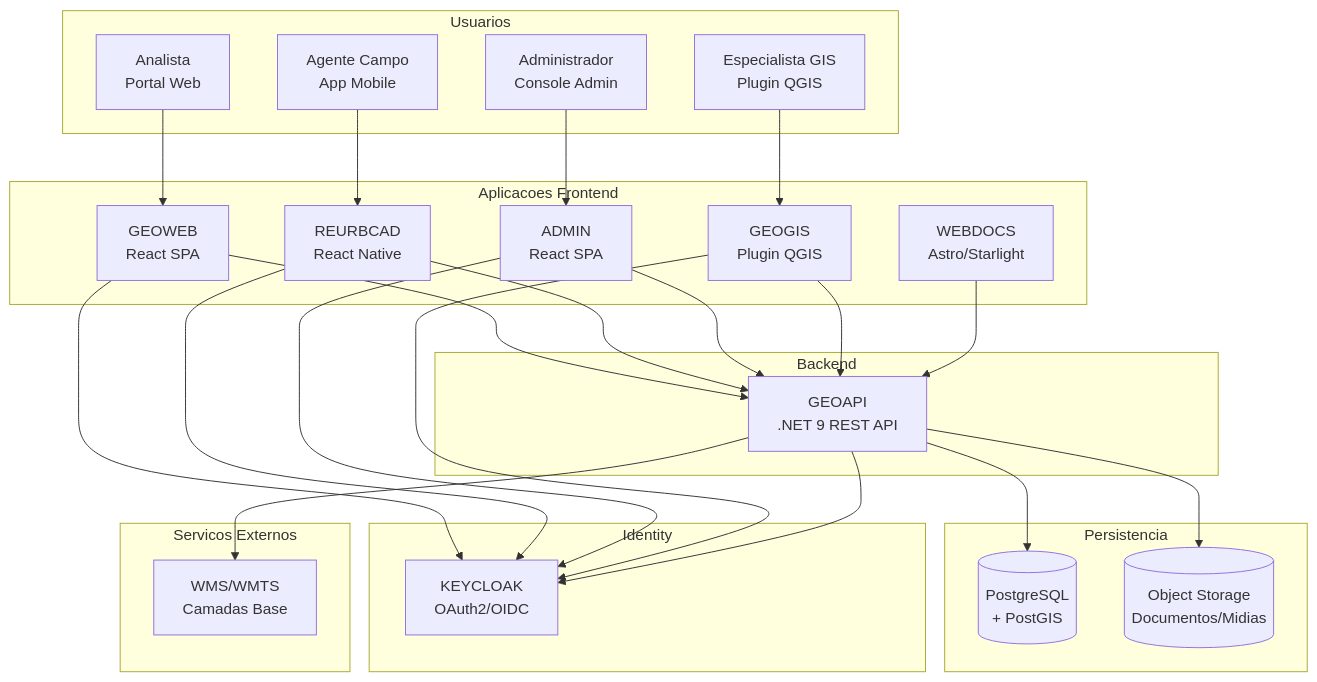
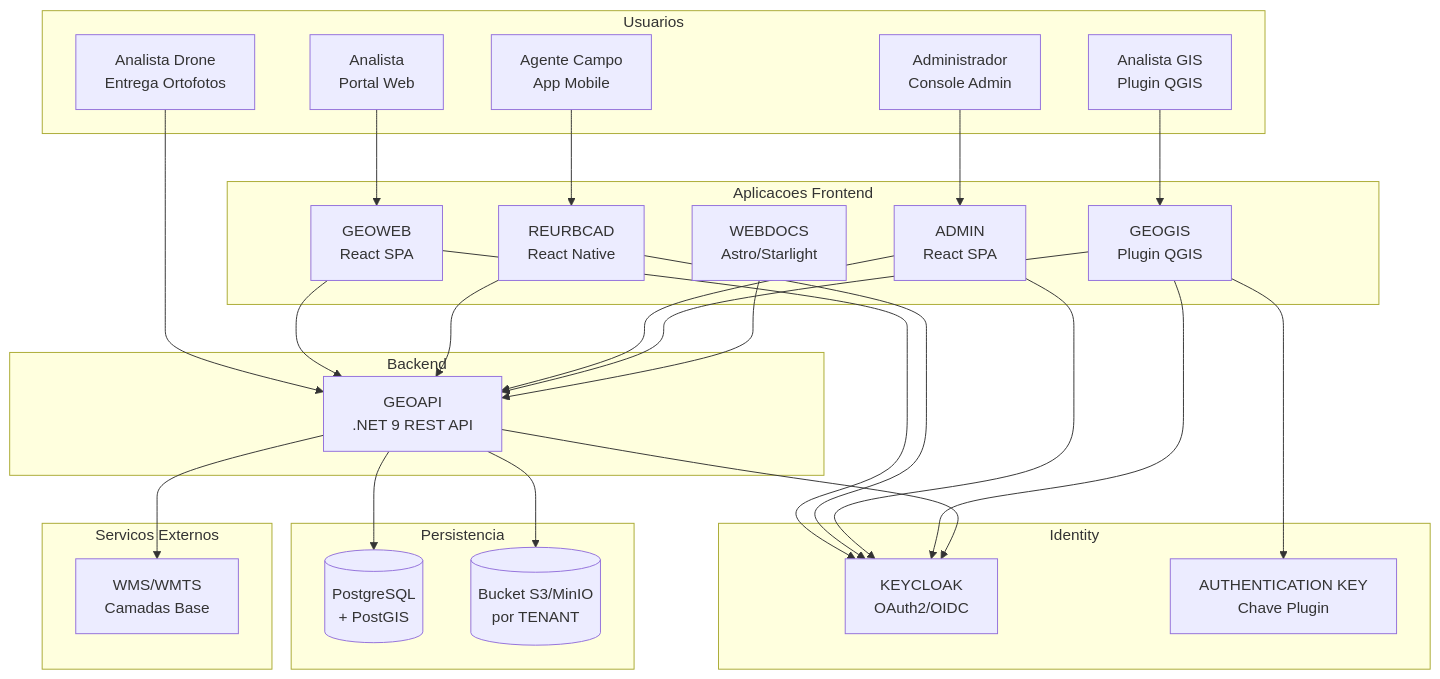
Before and after one commit to Thalesvpr/carf-docs: the diagram in CENTRAL/ARCHITECTURE/DIAGRAMS/01-ecosystem.md, drawn with Mermaid. The commit also changed other lines of this file and 852 other files, not shown here.

````diff
--- a/CENTRAL/ARCHITECTURE/DIAGRAMS/01-ecosystem.md
+++ b/CENTRAL/ARCHITECTURE/DIAGRAMS/01-ecosystem.md
@@ -11,55 +11,59 @@
 ```mermaid
 flowchart TB
     subgraph Usuarios["Usuarios"]
+        AnalistaDrone["Analista Drone<br/>Entrega Ortofotos"]
         Analista["Analista<br/>Portal Web"]
+        AnalistaGIS["Analista GIS<br/>Plugin QGIS"]
         Agente["Agente Campo<br/>App Mobile"]
         Admin["Administrador<br/>Console Admin"]
-        GIS["Especialista GIS<br/>Plugin QGIS"]
     end
 
     subgraph Frontend["Aplicacoes Frontend"]
         GEOWEB["GEOWEB<br/>React SPA"]
         REURBCAD["REURBCAD<br/>React Native"]
         ADMINUI["ADMIN<br/>React SPA"]
         GEOGIS["GEOGIS<br/>Plugin QGIS"]
         WEBDOCS["WEBDOCS<br/>Astro/Starlight"]
     end
 
     subgraph Backend["Backend"]
         GEOAPI["GEOAPI<br/>.NET 9 REST API"]
     end
 
     subgraph Identity["Identity"]
         KEYCLOAK["KEYCLOAK<br/>OAuth2/OIDC"]
+        AUTHKEY["AUTHENTICATION KEY<br/>Chave Plugin"]
     end
 
     subgraph Data["Persistencia"]
         POSTGRES[("PostgreSQL<br/>+ PostGIS")]
-        STORAGE[("Object Storage<br/>Documentos/Midias")]
+        BUCKET[("Bucket S3/MinIO<br/>por TENANT")]
     end
 
     subgraph External["Servicos Externos"]
         WMS["WMS/WMTS<br/>Camadas Base"]
     end
 
+    AnalistaDrone --> GEOAPI
     Analista --> GEOWEB
+    AnalistaGIS --> GEOGIS
     Agente --> REURBCAD
     Admin --> ADMINUI
-    GIS --> GEOGIS
 
     GEOWEB --> GEOAPI
     REURBCAD --> GEOAPI
     ADMINUI --> GEOAPI
     GEOGIS --> GEOAPI
     WEBDOCS --> GEOAPI
 
     GEOWEB --> KEYCLOAK
     REURBCAD --> KEYCLOAK
     ADMINUI --> KEYCLOAK
     GEOGIS --> KEYCLOAK
+    GEOGIS --> AUTHKEY
 
     GEOAPI --> KEYCLOAK
     GEOAPI --> POSTGRES
-    GEOAPI --> STORAGE
+    GEOAPI --> BUCKET
     GEOAPI --> WMS
 ```
````
